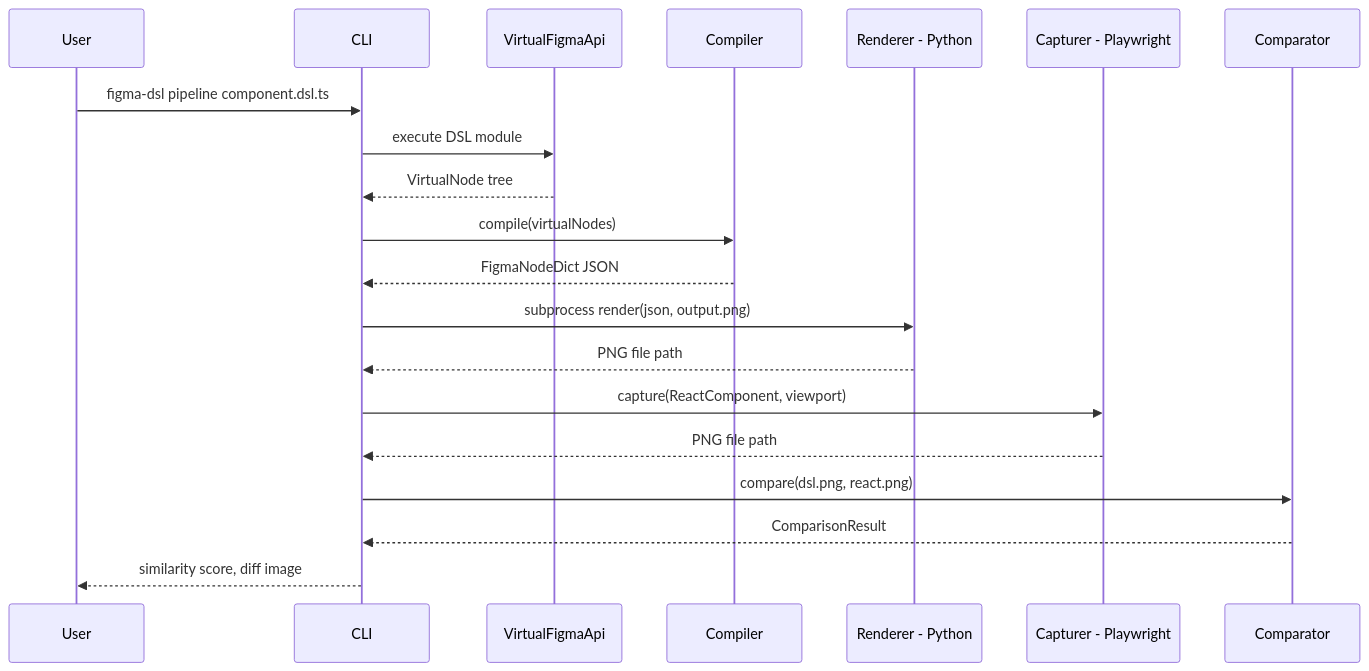
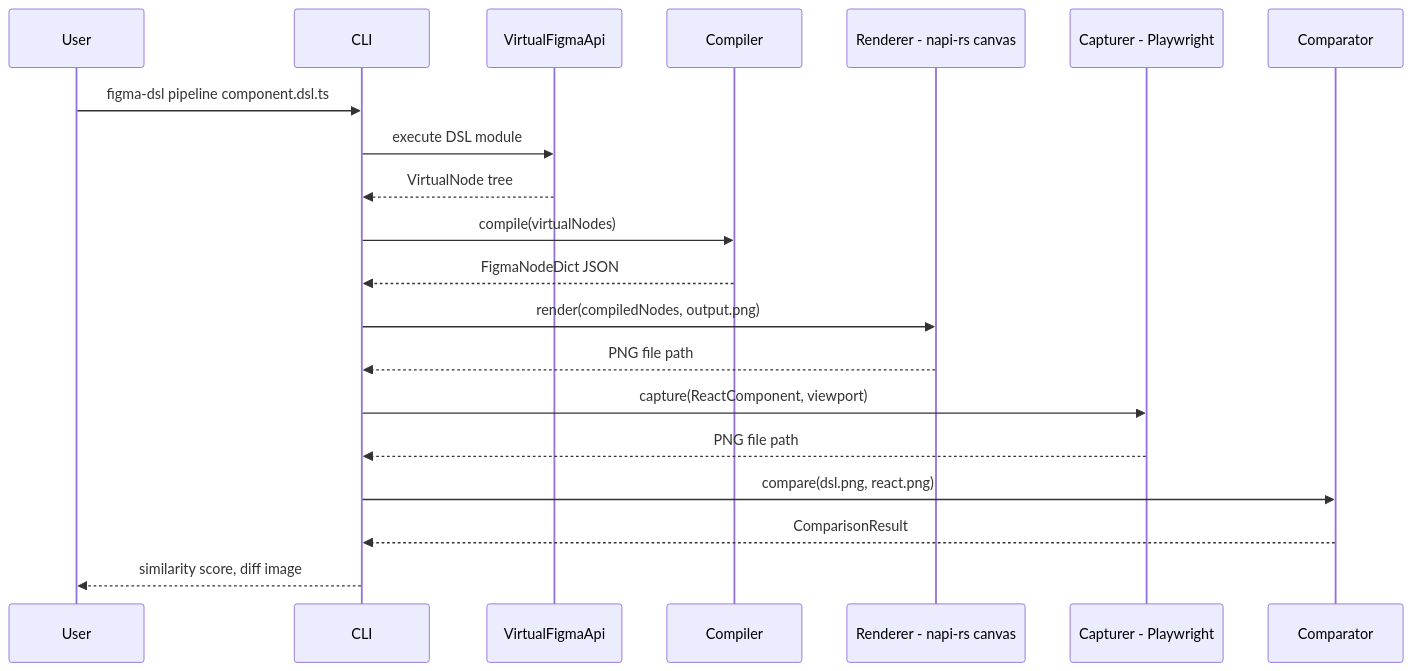
One commit to TETRA2000/figma-component-dsl changed the third of 6 diagrams in .kiro/specs/figma-component-dsl/design.md. Above: the diagram before and after it, drawn with Mermaid. The commit also changed other lines of this file and 3 other files, not shown here.

First line of the commit message:
Replace PyCairo with @napi-rs/canvas to drop Python dependency

````diff
--- a/.kiro/specs/figma-component-dsl/design.md
+++ b/.kiro/specs/figma-component-dsl/design.md
@@ -158,23 +157,23 @@
 ```mermaid
 sequenceDiagram
     participant User
     participant CLI
     participant VApi as VirtualFigmaApi
     participant Compiler
-    participant Renderer as Renderer - Python
+    participant Renderer as Renderer - napi-rs canvas
     participant Capturer as Capturer - Playwright
     participant Comparator
 
     User->>CLI: figma-dsl pipeline component.dsl.ts
     CLI->>VApi: execute DSL module
     VApi-->>CLI: VirtualNode tree
     CLI->>Compiler: compile(virtualNodes)
     Compiler-->>CLI: FigmaNodeDict JSON
-    CLI->>Renderer: subprocess render(json, output.png)
+    CLI->>Renderer: render(compiledNodes, output.png)
     Renderer-->>CLI: PNG file path
     CLI->>Capturer: capture(ReactComponent, viewport)
     Capturer-->>CLI: PNG file path
     CLI->>Comparator: compare(dsl.png, react.png)
     Comparator-->>CLI: ComparisonResult
     CLI-->>User: similarity score, diff image
 ```
````
